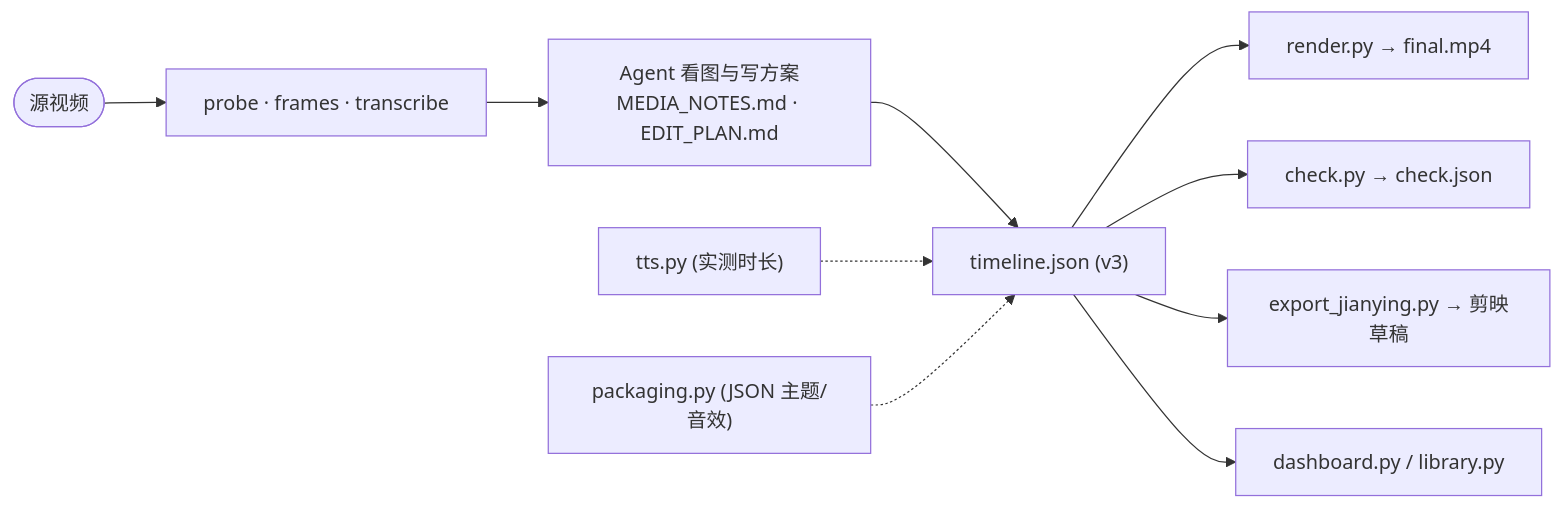
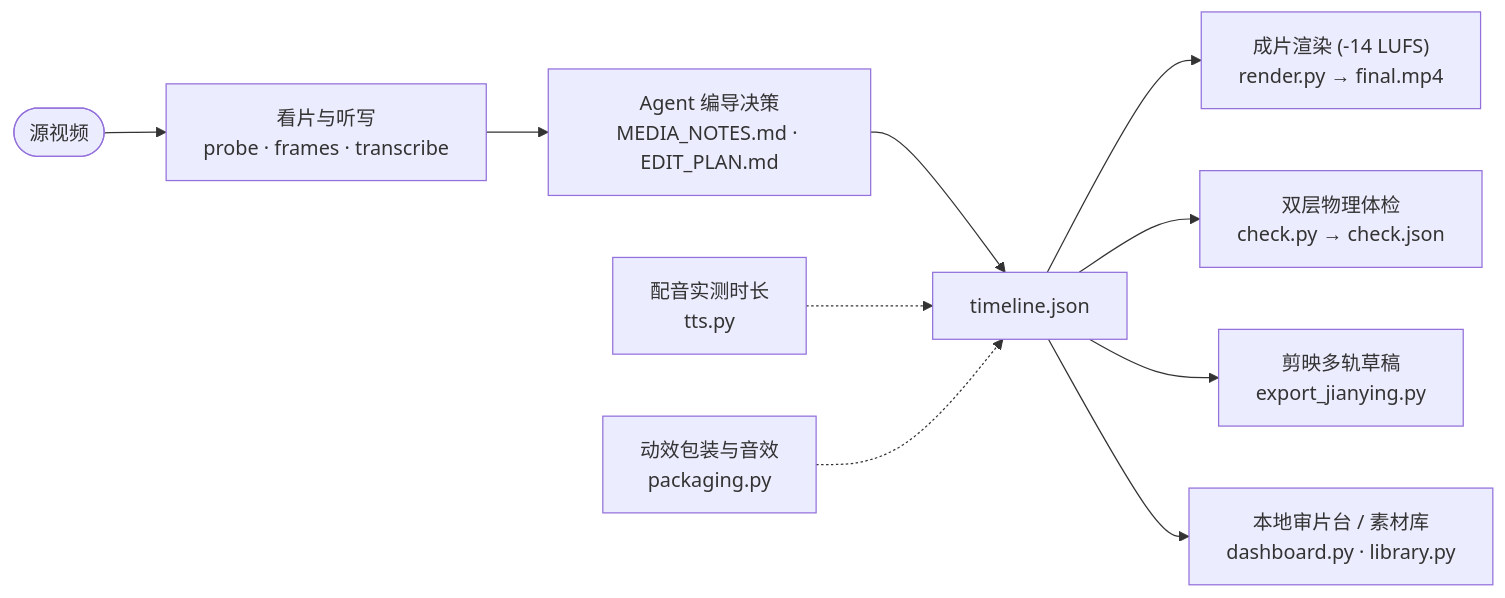
The diagram in README.md (zenstory-ai/video-recap-skills), drawn with Mermaid before and after one commit. The commit also changed other lines of this file and 1 other file, not shown here.

````diff
--- a/README.md
+++ b/README.md
@@ -120,12 +79,12 @@
 ```mermaid
 flowchart LR
-    src(["源视频"]) --> inspect["probe · frames · transcribe"]
-    inspect --> plan["Agent 看图与写方案<br/>MEDIA_NOTES.md · EDIT_PLAN.md"]
-    plan --> tl["timeline.json (v3)"]
-    tts["tts.py (实测时长)"] -.-> tl
-    pkg["packaging.py (JSON 主题/音效)"] -.-> tl
-    tl --> render["render.py → final.mp4"]
-    tl --> check["check.py → check.json"]
-    tl --> jy["export_jianying.py → 剪映草稿"]
-    tl --> dash["dashboard.py / library.py"]
+    src(["源视频"]) --> inspect["看片与听写<br/>probe · frames · transcribe"]
+    inspect --> plan["Agent 编导决策<br/>MEDIA_NOTES.md · EDIT_PLAN.md"]
+    plan --> tl["timeline.json"]
+    tts["配音实测时长<br/>tts.py"] -.-> tl
+    pkg["动效包装与音效<br/>packaging.py"] -.-> tl
+    tl --> render["成片渲染 (-14 LUFS)<br/>render.py → final.mp4"]
+    tl --> check["双层物理体检<br/>check.py → check.json"]
+    tl --> jy["剪映多轨草稿<br/>export_jianying.py"]
+    tl --> dash["本地审片台 / 素材库<br/>dashboard.py · library.py"]
 ```
````
